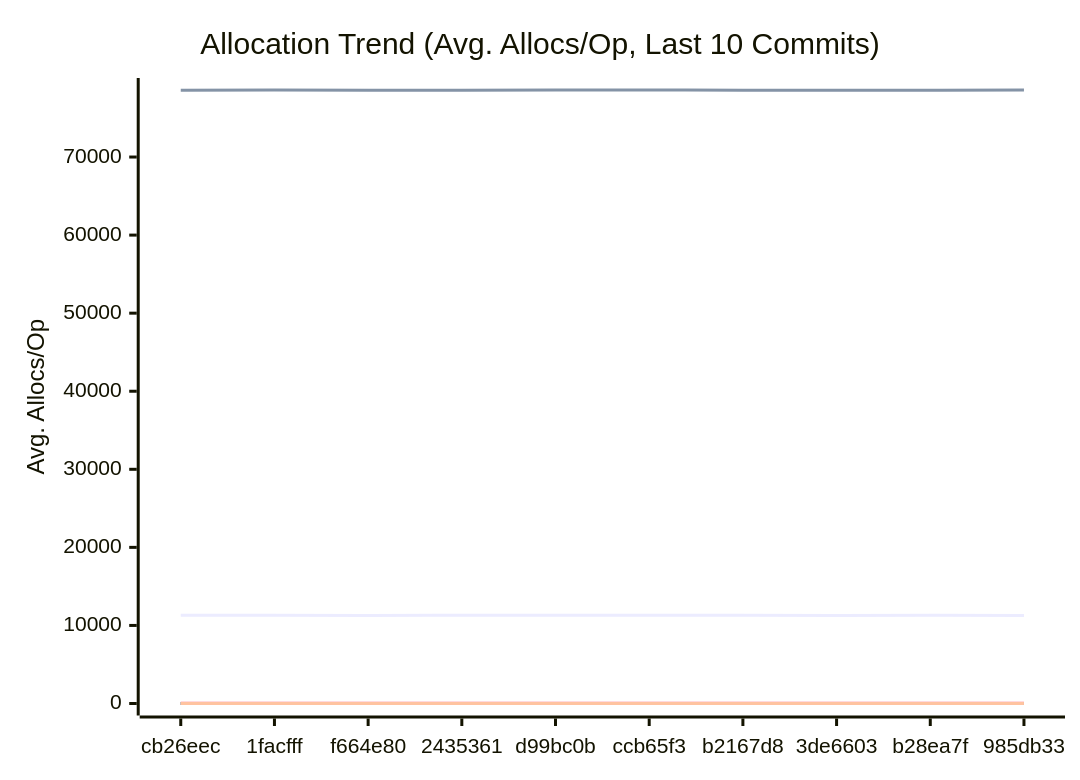
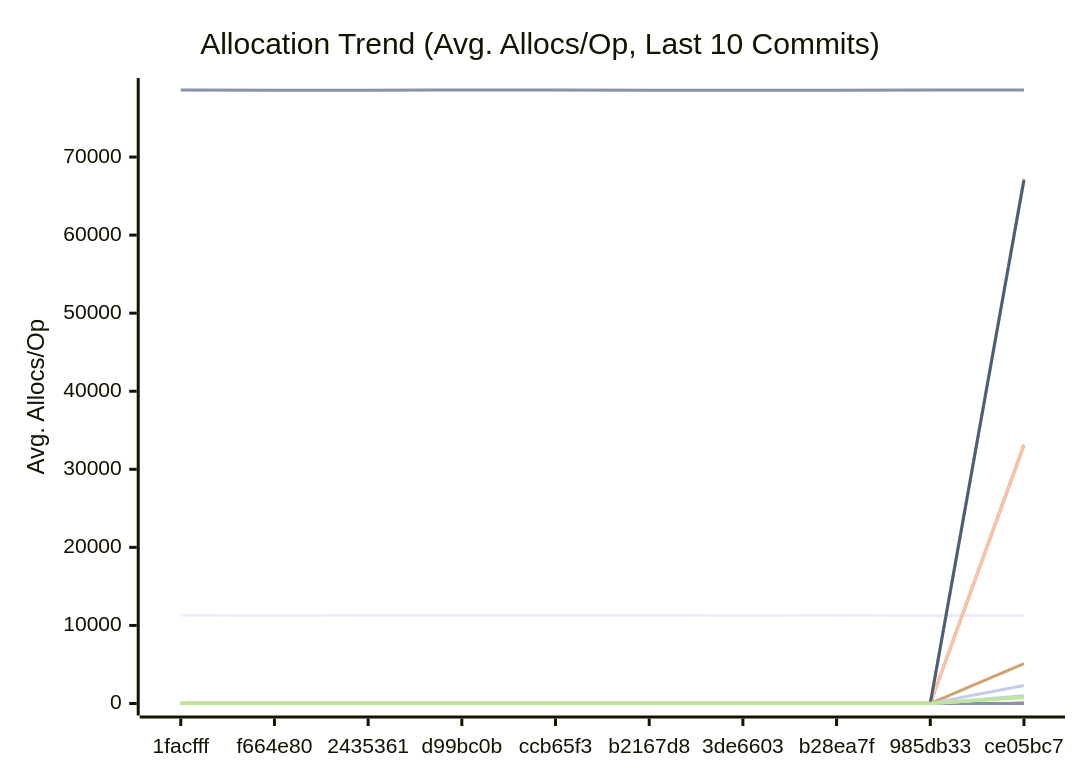
The third of 3 diagrams in docs/PERFORMANCE.md (alsotoes/momo), drawn with Mermaid before and after one commit. The commit also changed other lines of this file and 2 other files, not shown here.

Commit message:
fix: allowlist S3PutSpool in benchstat gate to absorb runner disk-spool noise (#960)

````diff
--- a/docs/PERFORMANCE.md
+++ b/docs/PERFORMANCE.md
@@ -197,20 +348,42 @@
 ```mermaid
 xychart-beta
     title "Allocation Trend (Avg. Allocs/Op, Last 10 Commits)"
     x-axis "Commit"
     y-axis "Avg. Allocs/Op"
-    x-axis [cb26eec,1facfff,f664e80,2435361,d99bc0b,ccb65f3,b2167d8,3de6603,b28ea7f,985db33]
-    line "AWSChunkedReaderSigned" [11298,11308,11270,11298,11294,11296,11294,11282,11296,11273]
-    line "AWSChunkedReaderUnsigned" [78562,78579,78560,78566,78574,78587,78561,78563,78568,78577]
+    x-axis [1facfff,f664e80,2435361,d99bc0b,ccb65f3,b2167d8,3de6603,b28ea7f,985db33,ce05bc7]
+    line "AWSChunkedReaderSigned" [11308,11270,11298,11294,11296,11294,11282,11296,11273,11277]
+    line "AWSChunkedReaderUnsigned" [78579,78560,78566,78574,78587,78561,78563,78568,78577,78572]
     line "CheckMetricsAndSwap" [0,0,0,0,0,0,0,0,0,0]
     line "CrushOptimized" [0,0,0,0,0,0,0,0,0,0]
     line "CrushOriginal" [3,3,3,3,3,3,3,3,3,3]
+    line "FormatListObjectsV2XML_AppendFormat" [0,0,0,0,0,0,0,0,0,16]
+    line "FormatListObjectsV2XML_OldFormat" [0,0,0,0,0,0,0,0,0,1000]
+    line "HashBytes/1MiB" [0,0,0,0,0,0,0,0,0,64]
+    line "HashBytes/256MiB" [0,0,0,0,0,0,0,0,0,64]
+    line "HashBytes/64MiB" [0,0,0,0,0,0,0,0,0,64]
+    line "HashFile/1MiB" [0,0,0,0,0,0,0,0,0,33128]
+    line "HashFile/256MiB" [0,0,0,0,0,0,0,0,0,33128]
+    line "HashFile/64MiB" [0,0,0,0,0,0,0,0,0,33128]
     line "IndexDirectTracking" [0,0,0,0,0,0,0,0,0,0]
     line "IndexSearch" [0,0,0,0,0,0,0,0,0,0]
-    line "LoadGlobalConfig" [54,54,54,54,54,54,54,54,54,54]
+    line "LoadGlobalConfig" [54,54,54,54,54,54,54,54,54,58]
+    line "LocalWrite/1MiB" [0,0,0,0,0,0,0,0,0,67030]
+    line "LocalWrite/256MiB" [0,0,0,0,0,0,0,0,0,67292]
+    line "LocalWrite/64MiB" [0,0,0,0,0,0,0,0,0,67046]
     line "PadString" [1,1,1,1,1,1,1,1,1,1]
     line "ParseReplicationOrder_NoPrealloc" [6,6,6,6,6,5,5,5,5,5]
     line "ParseReplicationOrder_Prealloc" [2,2,2,2,2,1,1,1,1,1]
+    line "Placement" [0,0,0,0,0,0,0,0,0,6]
+    line "PlacementDomainSpread" [0,0,0,0,0,0,0,0,0,6]
+    line "ReadVerify/1MiB" [0,0,0,0,0,0,0,0,0,435]
+    line "ReadVerify/256MiB" [0,0,0,0,0,0,0,0,0,5120]
+    line "ReadVerify/64MiB" [0,0,0,0,0,0,0,0,0,2307]
+    line "S3PutSpool/1MiB" [0,0,0,0,0,0,0,0,0,447]
+    line "S3PutSpool/256MiB" [0,0,0,0,0,0,0,0,0,448]
+    line "S3PutSpool/64MiB" [0,0,0,0,0,0,0,0,0,448]
     line "SanitizeLog/Safe" [0,0,0,0,0,0,0,0,0,0]
     line "SanitizeLog/Unsafe" [1,1,1,1,1,1,1,1,1,1]
+    line "TrustedRead/1MiB" [0,0,0,0,0,0,0,0,0,800]
+    line "TrustedRead/256MiB" [0,0,0,0,0,0,0,0,0,800]
+    line "TrustedRead/64MiB" [0,0,0,0,0,0,0,0,0,800]
 ```
````
